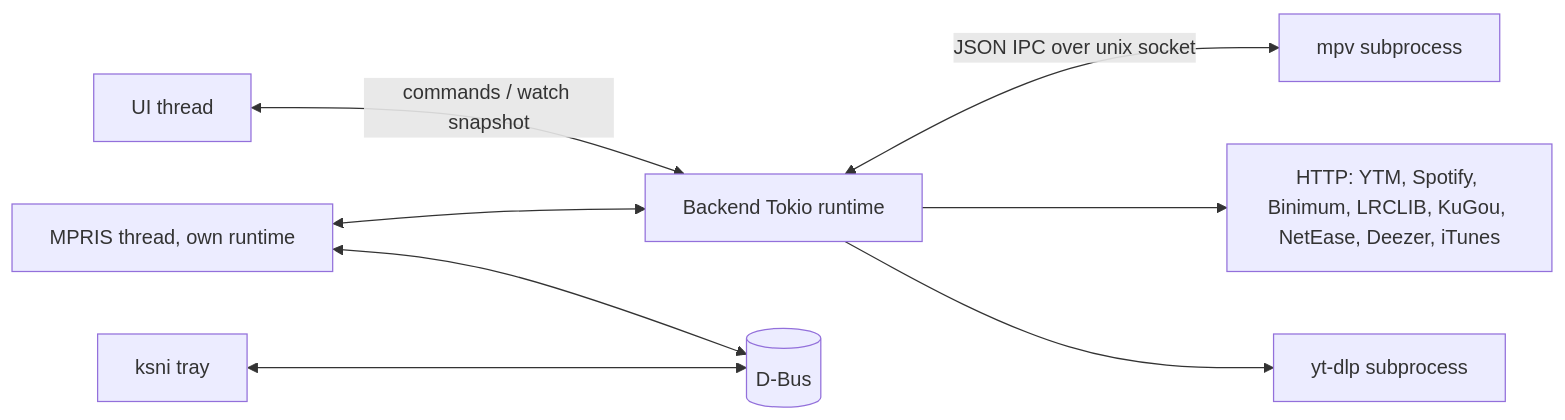
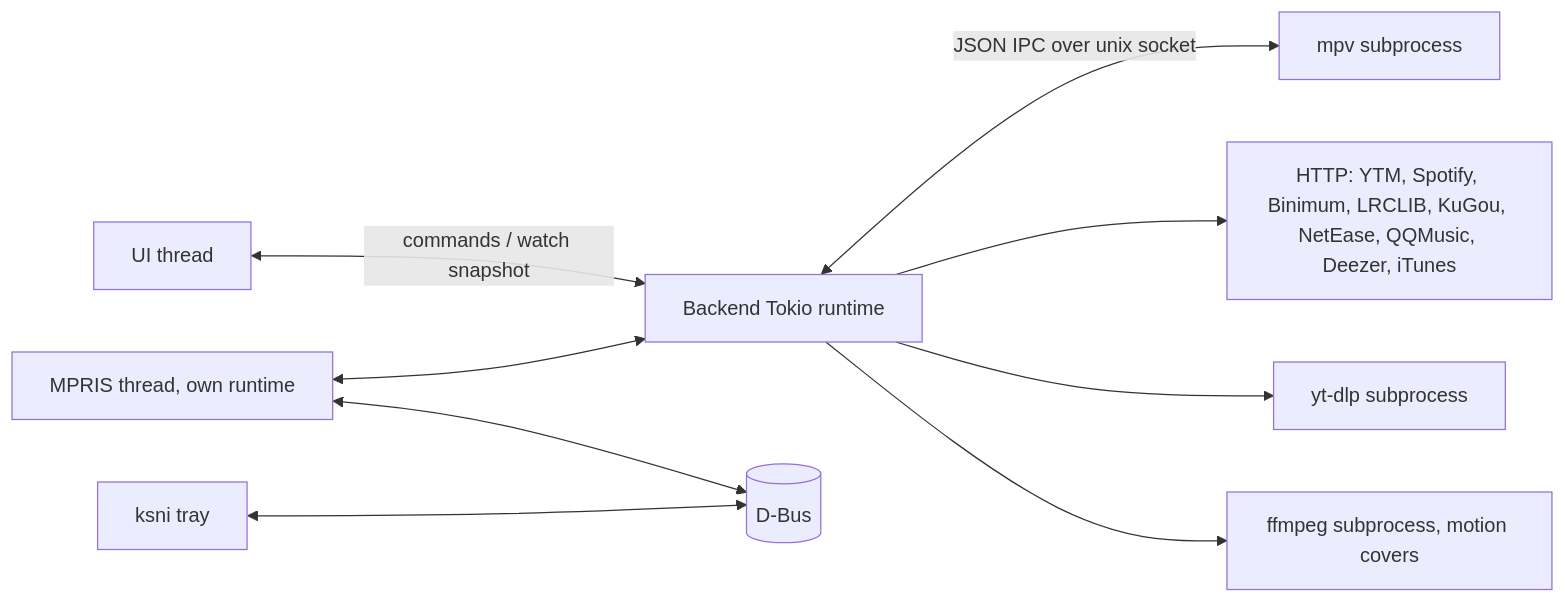
Before and after one commit to MehmetCanWT/sonata: the second of 2 diagrams in docs/architecture.md, drawn with Mermaid. The commit also changed other lines of this file and 47 other files, not shown here.

````diff
--- a/docs/architecture.md
+++ b/docs/architecture.md
@@ -48,10 +48,11 @@
 ```mermaid
 flowchart LR
     UI[UI thread] <-->|commands / watch snapshot| BE[Backend Tokio runtime]
     BE <-->|JSON IPC over unix socket| MPV[mpv subprocess]
-    BE --> NET[HTTP: YTM, Spotify, Binimum, LRCLIB, KuGou, NetEase, Deezer, iTunes]
+    BE --> NET[HTTP: YTM, Spotify, Binimum, LRCLIB, KuGou, NetEase, QQMusic, Deezer, iTunes]
     BE --> YTDLP[yt-dlp subprocess]
+    BE --> FFMPEG[ffmpeg subprocess, motion covers]
     MPRISTH[MPRIS thread, own runtime] <--> DBUS[(D-Bus)]
     TRAY[ksni tray] <--> DBUS
     MPRISTH <--> BE
 ```
````
